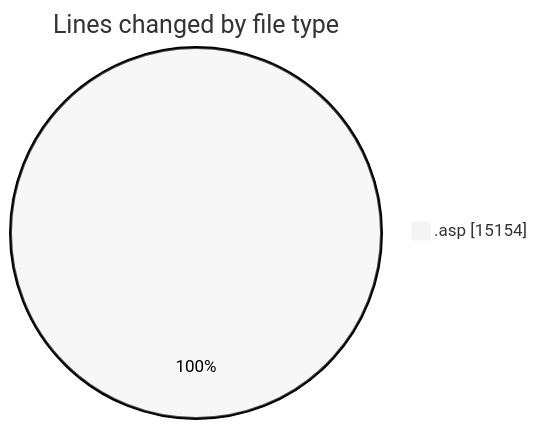
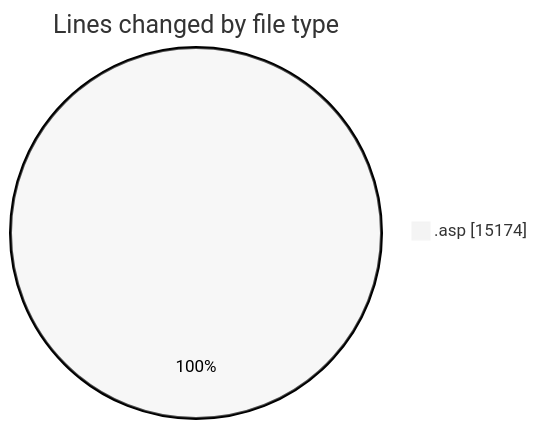
Before and after one commit to julien-gomy/code-tracking: the first of 2 diagrams in 2025-11-14/cdp_aleoudev_fr__workspace_/README.md, drawn with Mermaid (neutral theme). The commit also changed other lines of this file and 1 other file, not shown here.

````diff
--- a/2025-11-14/cdp_aleoudev_fr__workspace_/README.md
+++ b/2025-11-14/cdp_aleoudev_fr__workspace_/README.md
@@ -24,5 +26,5 @@
 ```mermaid
 pie showData
 title Lines changed by file type
-".asp" : 15154
+".asp" : 15174
 ```
````
